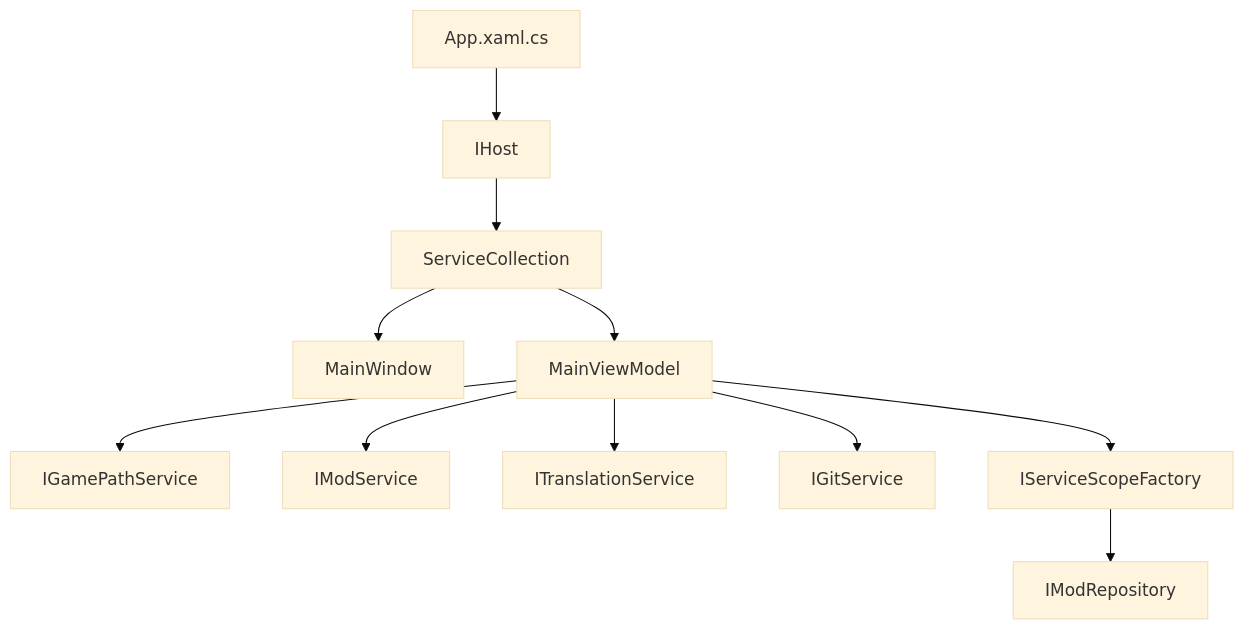
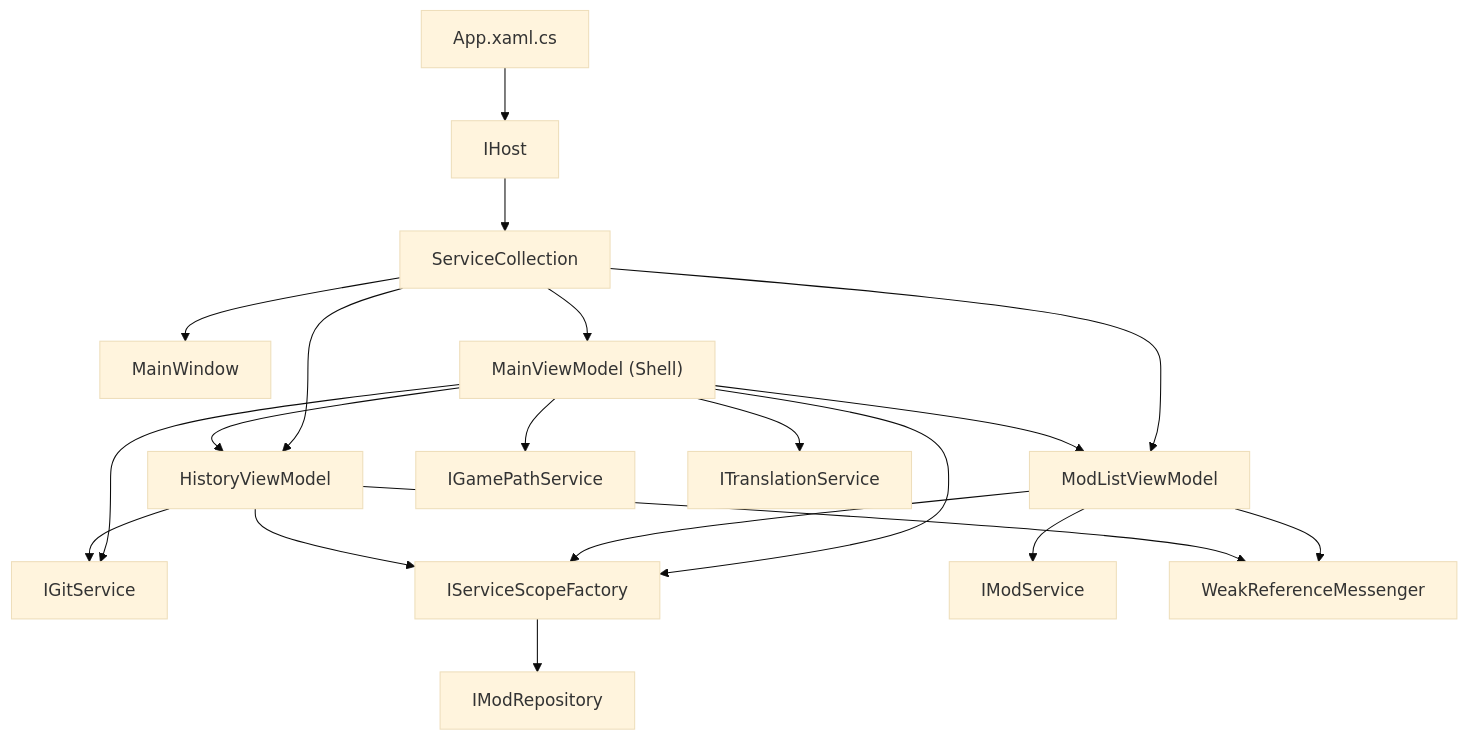
Before and after one commit to Sisyphean-a/SMTMS: the fifth of 11 diagrams in docs/ARCHITECTURE.md, drawn with Mermaid (base theme). The commit also changed other lines of this file and 12 other files, not shown here.

````diff
--- a/docs/ARCHITECTURE.md
+++ b/docs/ARCHITECTURE.md
@@ -185,16 +190,27 @@
 ```mermaid
 flowchart TD
     App["App.xaml.cs"] --> Host["IHost"]
     Host --> DI["ServiceCollection"]
 
     DI --> MainWindow["MainWindow"]
-    DI --> MainVM["MainViewModel"]
+    DI --> MainVM["MainViewModel (Shell)"]
+    DI --> ModListVM["ModListViewModel"]
+    DI --> HistoryVM["HistoryViewModel"]
 
+    MainVM --> ModListVM
+    MainVM --> HistoryVM
     MainVM --> IGamePath["IGamePathService"]
-    MainVM --> IModSvc["IModService"]
     MainVM --> ITransSvc["ITranslationService"]
     MainVM --> IGitSvc["IGitService"]
     MainVM --> Scope["IServiceScopeFactory"]
 
+    ModListVM --> IModSvc["IModService"]
+    ModListVM --> Scope
+    ModListVM --> Messenger["WeakReferenceMessenger"]
+
+    HistoryVM --> IGitSvc
+    HistoryVM --> Scope
+    HistoryVM --> Messenger
+
     Scope --> IRepo["IModRepository"]
 ```
````
